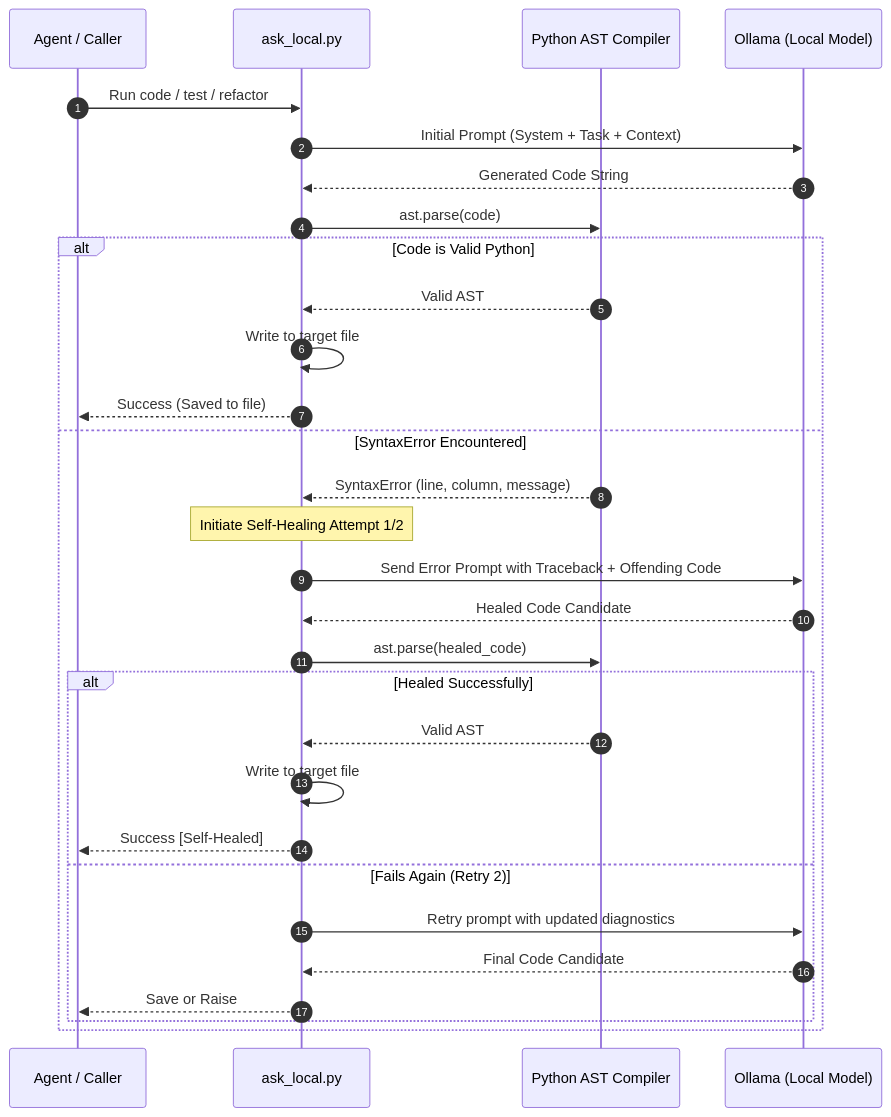
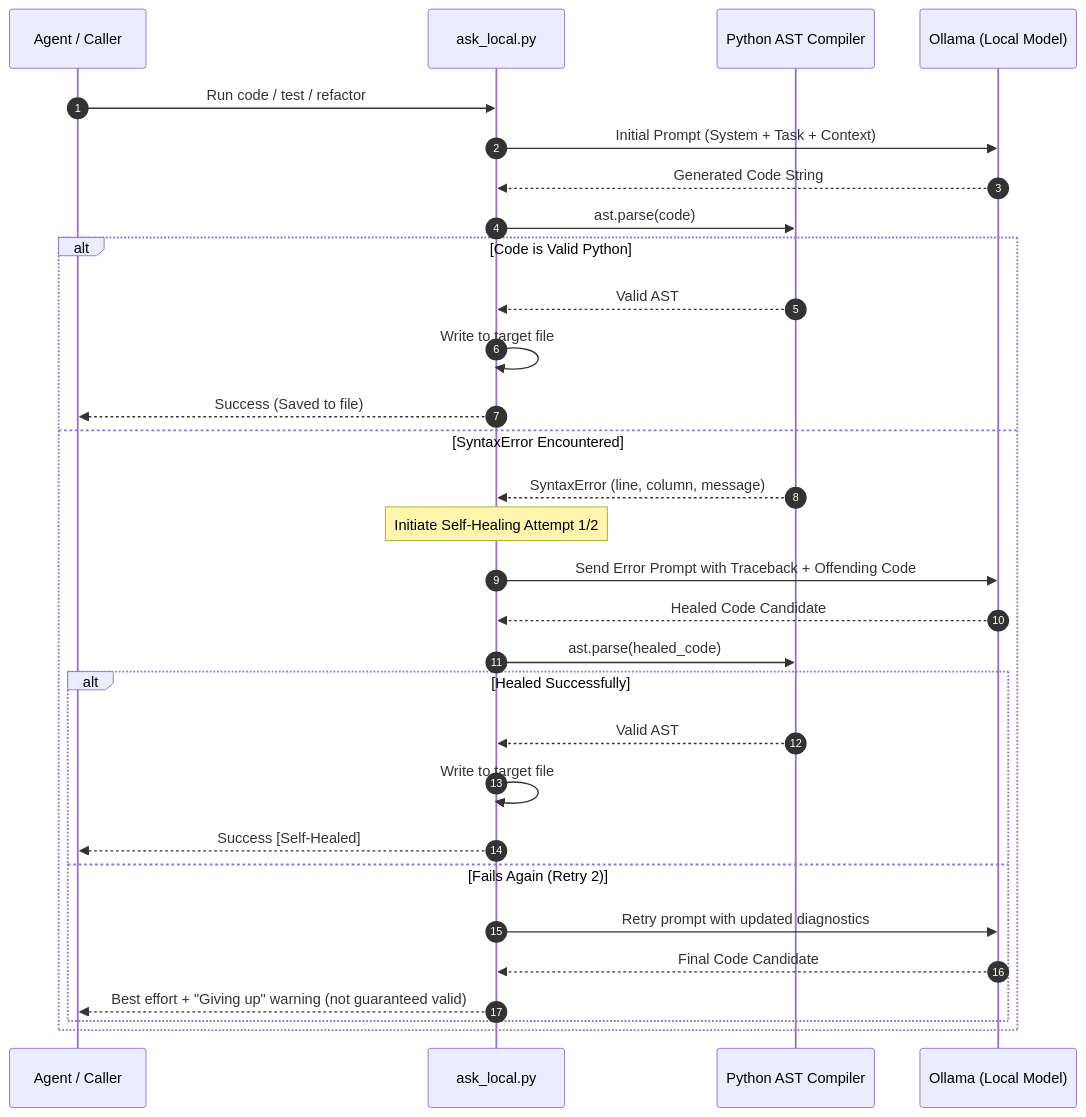
One commit to senssei/local-coders changed the diagram in docs/OLLAMA_CODER_SKILL.md. Above: the diagram before and after it, drawn with Mermaid. The commit also changed other lines of this file and 36 other files, not shown here.

````diff
--- a/docs/OLLAMA_CODER_SKILL.md
+++ b/docs/OLLAMA_CODER_SKILL.md
@@ -93,33 +93,33 @@
 ```mermaid
 sequenceDiagram
     autonumber
     participant Agent as Agent / Caller
     participant Driver as ask_local.py
     participant Compiler as Python AST Compiler
     participant LocalLLM as Ollama (Local Model)
 
     Agent->>Driver: Run code / test / refactor
     Driver->>LocalLLM: Initial Prompt (System + Task + Context)
     LocalLLM-->>Driver: Generated Code String
     Driver->>Compiler: ast.parse(code)
     alt Code is Valid Python
         Compiler-->>Driver: Valid AST
         Driver->>Driver: Write to target file
         Driver-->>Agent: Success (Saved to file)
     else SyntaxError Encountered
         Compiler-->>Driver: SyntaxError (line, column, message)
         Note over Driver: Initiate Self-Healing Attempt 1/2
         Driver->>LocalLLM: Send Error Prompt with Traceback + Offending Code
         LocalLLM-->>Driver: Healed Code Candidate
         Driver->>Compiler: ast.parse(healed_code)
         alt Healed Successfully
             Compiler-->>Driver: Valid AST
             Driver->>Driver: Write to target file
             Driver-->>Agent: Success [Self-Healed]
         else Fails Again (Retry 2)
             Driver->>LocalLLM: Retry prompt with updated diagnostics
             LocalLLM-->>Driver: Final Code Candidate
-            Driver-->>Agent: Save or Raise
+            Driver-->>Agent: Best effort + "Giving up" warning (not guaranteed valid)
         end
     end
 ```
````
